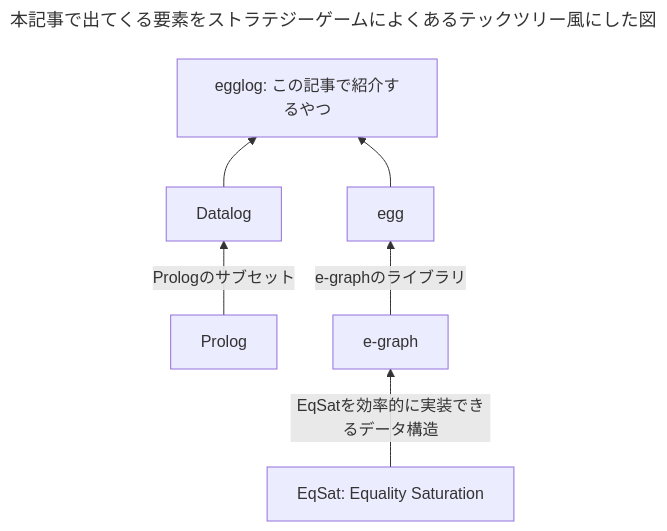
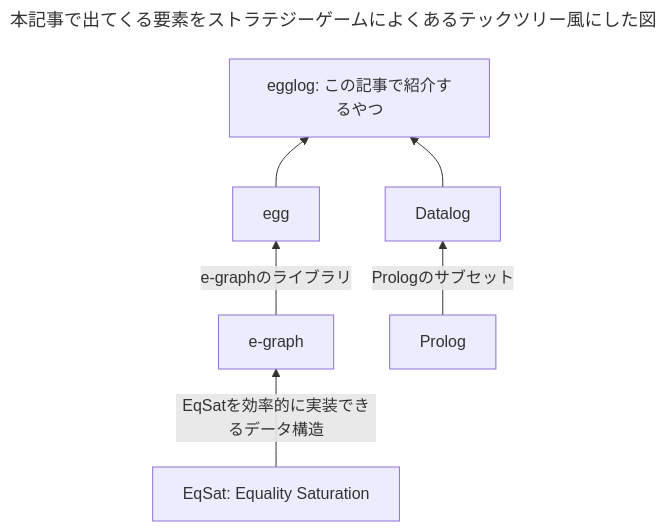
Before and after one commit to hatoo/zenn-content: the diagram in articles/5c4df054704999.md, drawn with Mermaid. The commit also changed other lines of this file, not shown here.

````diff
--- a/articles/5c4df054704999.md
+++ b/articles/5c4df054704999.md
@@ -15,11 +15,11 @@
 ```mermaid
 ---
 title: 本記事で出てくる要素をストラテジーゲームによくあるテックツリー風にした図
 ---
 flowchart BT
-    Datalog --> egglog[egglog: この記事で紹介するやつ]
-    Prolog -->|Prologのサブセット| Datalog
     e-graph -->|e-graphのライブラリ| egg
     egg --> egglog
     EqSat[EqSat: Equality Saturation] -->|EqSatを効率的に実装できるデータ構造| e-graph
+    Datalog --> egglog[egglog: この記事で紹介するやつ]
+    Prolog -->|Prologのサブセット| Datalog
 ```
````
